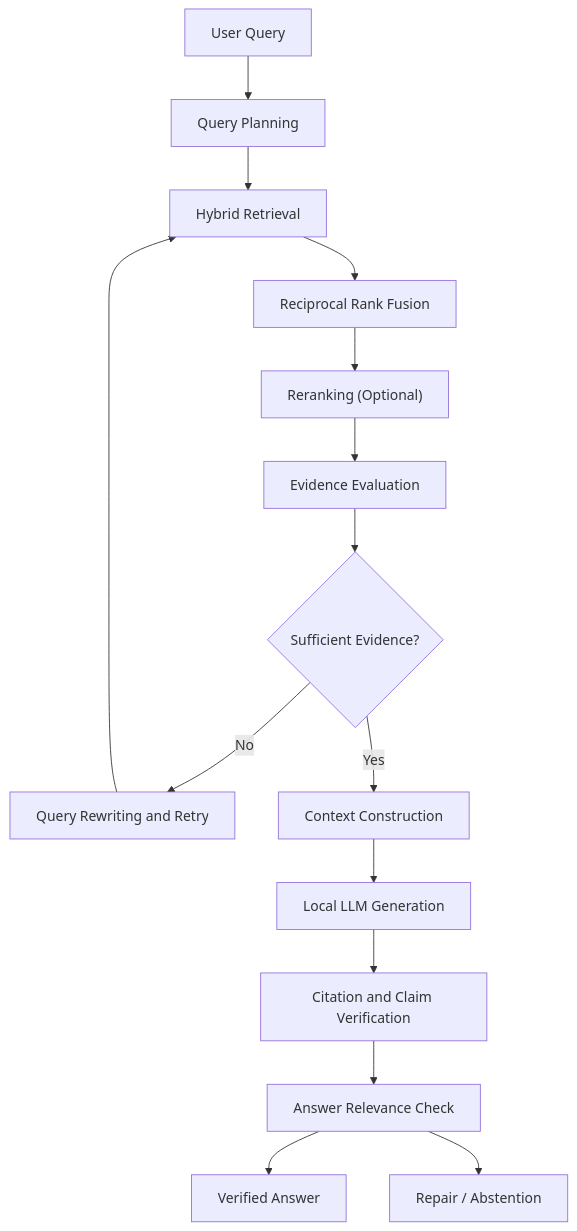
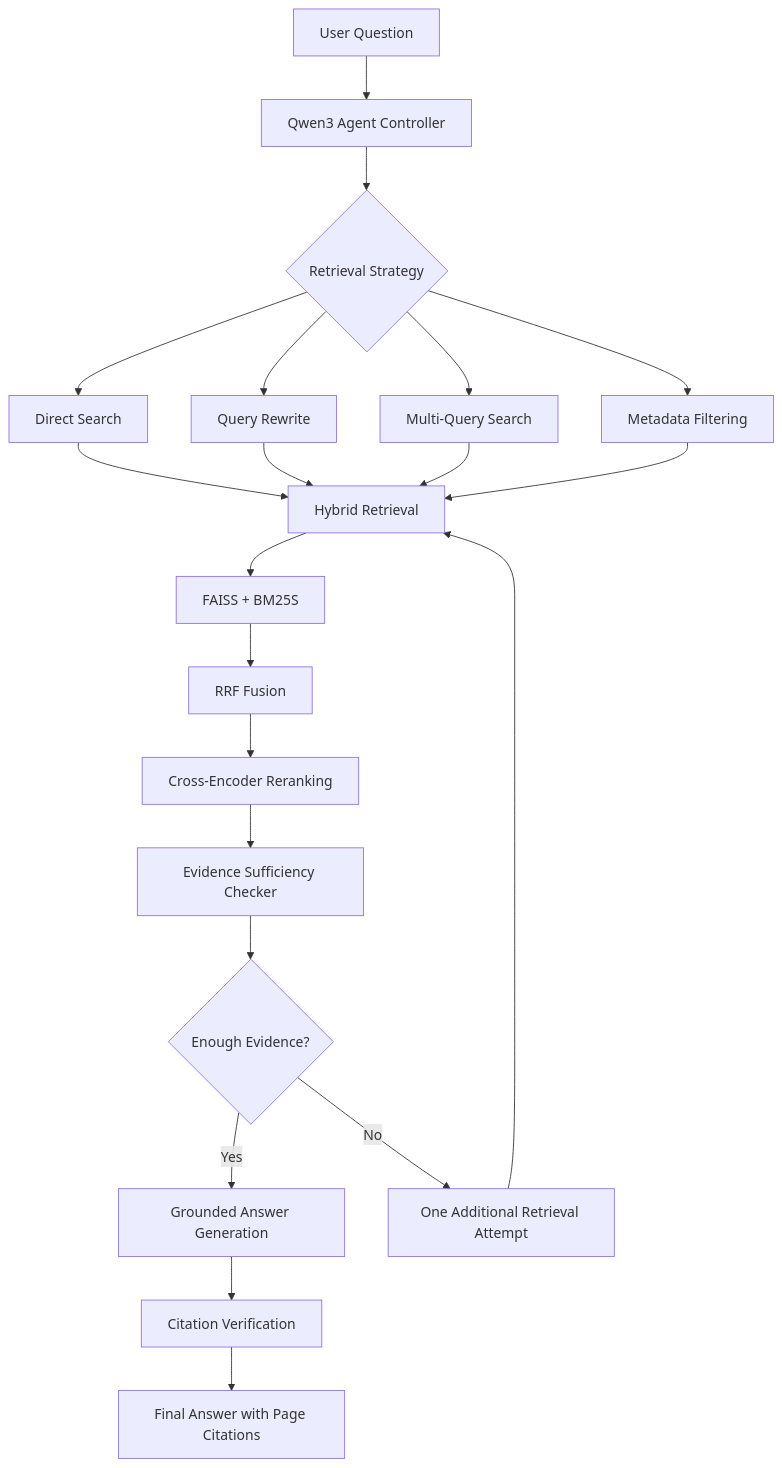
Before and after one commit to Butterfly222-kartiki/Pdf_agentic_rag: the third of 3 diagrams in README.md, drawn with Mermaid. The commit also changed other lines of this file, not shown here.

````diff
--- a/README.md
+++ b/README.md
@@ -58,17 +121,30 @@
 ```mermaid
 flowchart TD
-    A["User Query"] --> B["Query Planning"]
-    B --> C["Hybrid Retrieval"]
-    C --> D["Reciprocal Rank Fusion"]
-    D --> E["Reranking (Optional)"]
-    E --> F["Evidence Evaluation"]
-    F --> G{"Sufficient Evidence?"}
-    G -->|No| H["Query Rewriting and Retry"]
-    H --> C
-    G -->|Yes| I["Context Construction"]
-    I --> J["Local LLM Generation"]
-    J --> K["Citation and Claim Verification"]
-    K --> L["Answer Relevance Check"]
-    L --> M["Verified Answer"]
-    L --> N["Repair / Abstention"]
+    A["User Question"] --> B["Qwen3 Agent Controller"]
+    B --> C{"Retrieval Strategy"}
+
+    C --> D["Direct Search"]
+    C --> E["Query Rewrite"]
+    C --> F["Multi-Query Search"]
+    C --> G["Metadata Filtering"]
+
+    D --> H["Hybrid Retrieval"]
+    E --> H
+    F --> H
+    G --> H
+
+    H --> I["FAISS + BM25S"]
+    I --> J["RRF Fusion"]
+    J --> K["Cross-Encoder Reranking"]
+    K --> L["Evidence Sufficiency Checker"]
+
+    L --> M{"Enough Evidence?"}
+
+    M -->|Yes| N["Grounded Answer Generation"]
+    M -->|No| O["One Additional Retrieval Attempt"]
+
+    O --> H
+
+    N --> P["Citation Verification"]
+    P --> Q["Final Answer with Page Citations"]
 ```
````
